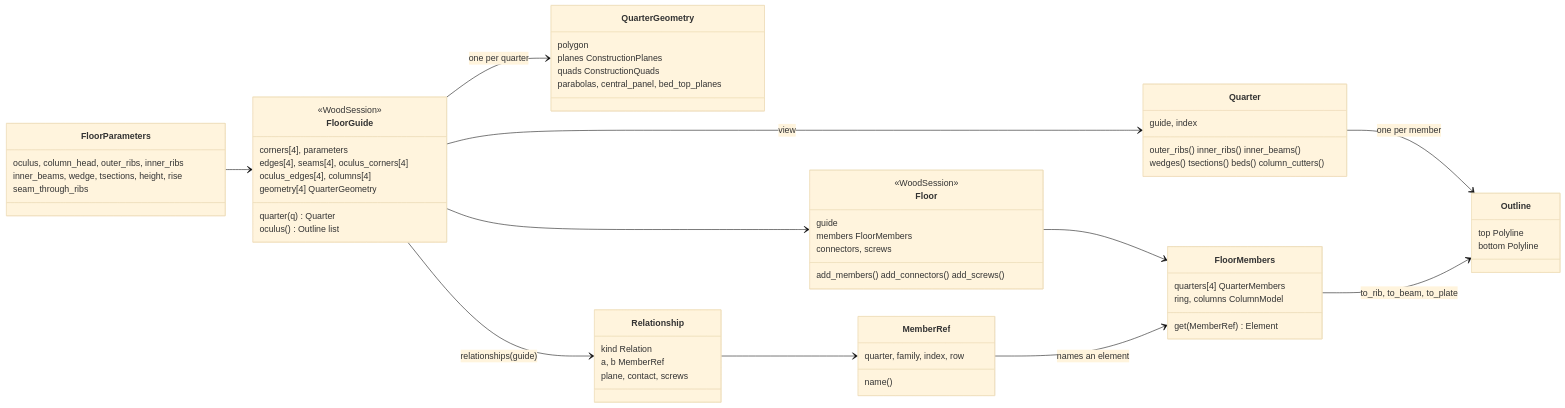
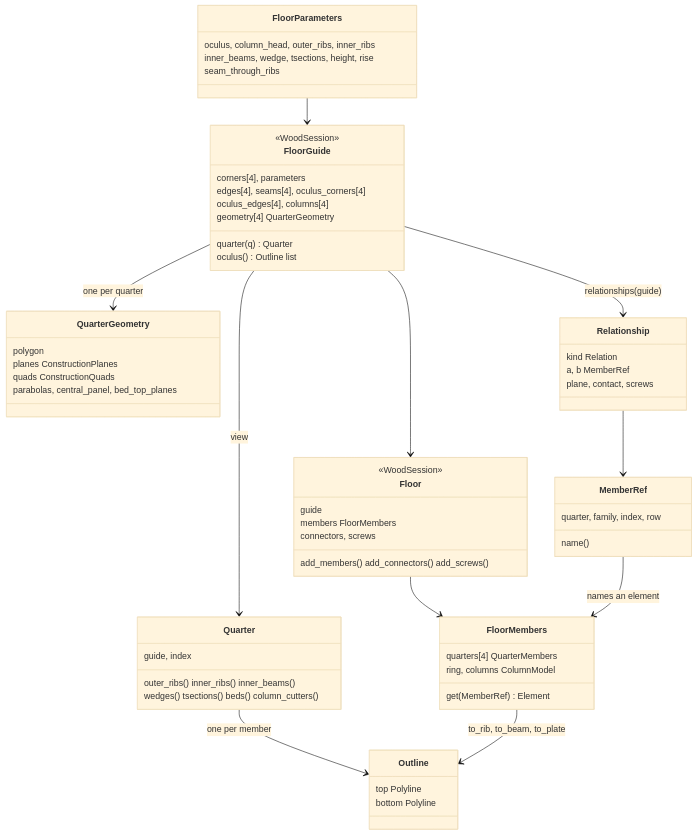
The diagram in docs/templates/floor.md (petrasvestartas/wood), drawn with Mermaid (base theme) before and after one commit. The commit also changed other lines of this file and 262 other files, not shown here.

Commit message:
wood: floor docs one sentence per step, pictures at 2x in Roboto with one pen, no overlaps, no hatching, black-edged solids; diagrams top to bottom; wood-film-docs skill with the style rules and generator templates

````diff
--- a/docs/templates/floor.md
+++ b/docs/templates/floor.md
@@ -51,64 +37,64 @@
 ```mermaid
 classDiagram
-    direction LR
+    direction TB
     class FloorParameters {
         oculus, column_head, outer_ribs, inner_ribs
         inner_beams, wedge, tsections, height, rise
         seam_through_ribs
     }
     class FloorGuide {
         <<WoodSession>>
         corners[4], parameters
         edges[4], seams[4], oculus_corners[4]
         oculus_edges[4], columns[4]
         geometry[4] QuarterGeometry
         quarter(q) Quarter
         oculus() Outline list
     }
     class QuarterGeometry {
         polygon
         planes ConstructionPlanes
         quads ConstructionQuads
         parabolas, central_panel, bed_top_planes
     }
     class Quarter {
         guide, index
         outer_ribs() inner_ribs() inner_beams()
         wedges() tsections() beds() column_cutters()
     }
     class Outline {
         top Polyline
         bottom Polyline
     }
     class Floor {
         <<WoodSession>>
         guide
         members FloorMembers
         connectors, screws
         add_members() add_connectors() add_screws()
     }
     class FloorMembers {
         quarters[4] QuarterMembers
         ring, columns ColumnModel
         get(MemberRef) Element
     }
     class Relationship {
         kind Relation
         a, b MemberRef
         plane, contact, screws
     }
     class MemberRef {
         quarter, family, index, row
         name()
     }
     FloorParameters --> FloorGuide
     FloorGuide --> QuarterGeometry : one per quarter
     FloorGuide --> Quarter : view
     Quarter --> Outline : one per member
     FloorGuide --> Floor
     Floor --> FloorMembers
     FloorMembers --> Outline : to_rib, to_beam, to_plate
     FloorGuide --> Relationship : relationships(guide)
     Relationship --> MemberRef
     MemberRef --> FloorMembers : names an element
 ```
````
